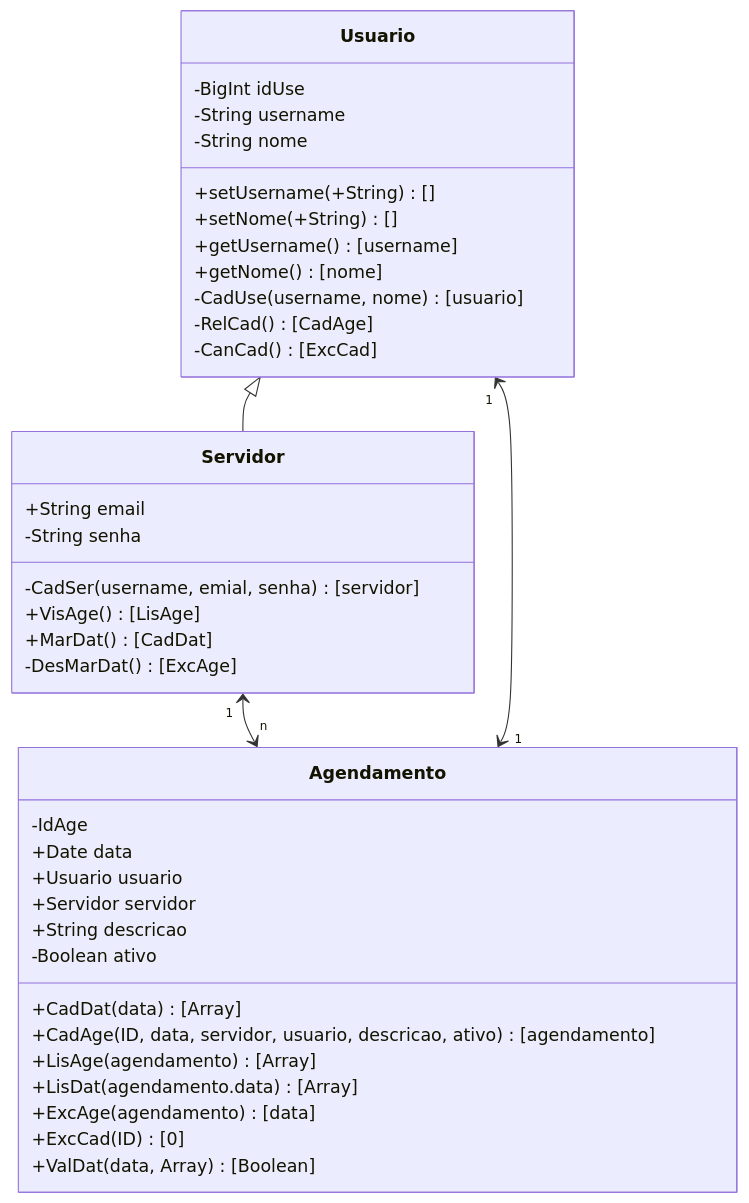
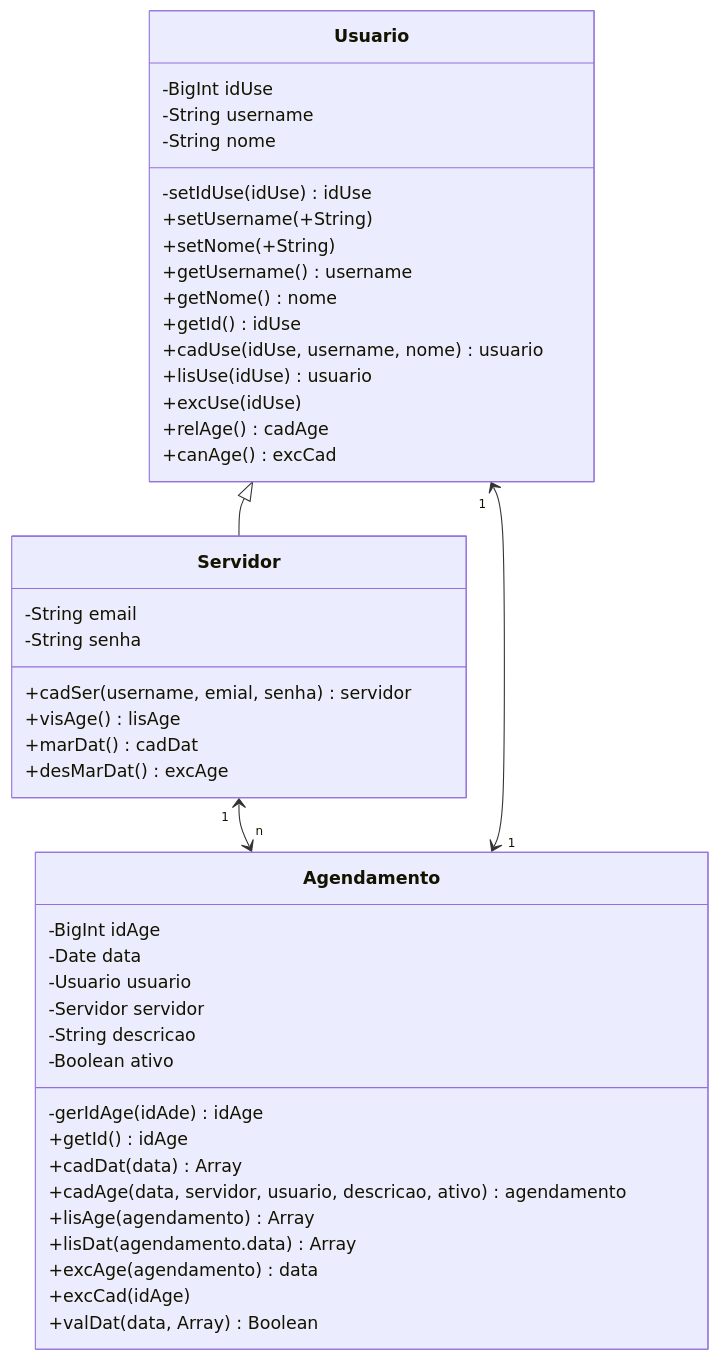
One commit to Gedsonfa/ScheduleSphere changed the diagram in docs/DocumentoModelos.md. Above: the diagram before and after it, drawn with Mermaid. The commit also changed other lines of this file, not shown here.

Commit message:
Dicionário de Dados e Diagrma de Classes

````diff
--- a/docs/DocumentoModelos.md
+++ b/docs/DocumentoModelos.md
@@ -3,43 +3,49 @@
 ```mermaid
 
     classDiagram
     class Servidor
-    Servidor : +String email
+    Servidor : -String email
     Servidor : -String senha
-    Servidor : -CadSer(username, emial, senha)[servidor]
-    Servidor : +VisAge()[LisAge]
-    Servidor : +MarDat()[CadDat]
-    Servidor : -DesMarDat()[ExcAge]
+    Servidor : +cadSer(username, emial, senha)servidor
+    Servidor : +visAge()lisAge
+    Servidor : +marDat()cadDat
+    Servidor : +desMarDat()excAge
 
     class Agendamento
-    Agendamento : -IdAge
-    Agendamento : +Date data
-    Agendamento : +Usuario usuario
-    Agendamento : +Servidor servidor
-    Agendamento : +String descricao
+    Agendamento : -BigInt idAge
+    Agendamento : -Date data
+    Agendamento : -Usuario usuario
+    Agendamento : -Servidor servidor
+    Agendamento : -String descricao
     Agendamento : -Boolean ativo
-    Agendamento : +CadDat(data)[Array]
-    Agendamento : +CadAge(ID, data, servidor, usuario, descricao, ativo)[agendamento]
-    Agendamento : +LisAge(agendamento)[Array]
-    Agendamento : +LisDat(agendamento.data)[Array]
-    Agendamento : +ExcAge(agendamento)[data]
-    Agendamento : +ExcCad(ID)[0]
-    Agendamento : +ValDat(data, Array)[Boolean]
+    Agendamento : -gerIdAge(idAde)idAge
+    Agendamento : +getId()idAge
+    Agendamento : +cadDat(data)Array
+    Agendamento : +cadAge(data, servidor, usuario, descricao, ativo)agendamento
+    Agendamento : +lisAge(agendamento)Array
+    Agendamento : +lisDat(agendamento.data)Array
+    Agendamento : +excAge(agendamento)data
+    Agendamento : +excCad(idAge)
+    Agendamento : +valDat(data, Array)Boolean
 
     class Usuario
     Usuario : -BigInt idUse
     Usuario : -String username
     Usuario : -String nome
-    Usuario : +setUsername(+String)[]
-    Usuario : +setNome(+String)[]
-    Usuario : +getUsername()[username]
-    Usuario : +getNome()[nome]
-    Usuario : -CadUse(username, nome)[usuario]
-    Usuario : -RelCad()[CadAge]
-    Usuario : -CanCad()[ExcCad]
+    Usuario : -setIdUse(idUse)idUse
+    Usuario : +setUsername(+String)
+    Usuario : +setNome(+String)
+    Usuario : +getUsername()username
+    Usuario : +getNome()nome
+    Usuario : +getId()idUse
+    Usuario : +cadUse(idUse, username, nome)usuario
+    Usuario : +lisUse(idUse)usuario
+    Usuario : +excUse(idUse)
+    Usuario : +relAge()cadAge
+    Usuario : +canAge()excCad
 
     Usuario <|-- Servidor
     Servidor "1" <--> "n" Agendamento
     Usuario "1" <--> "1" Agendamento
 
 ```
````
